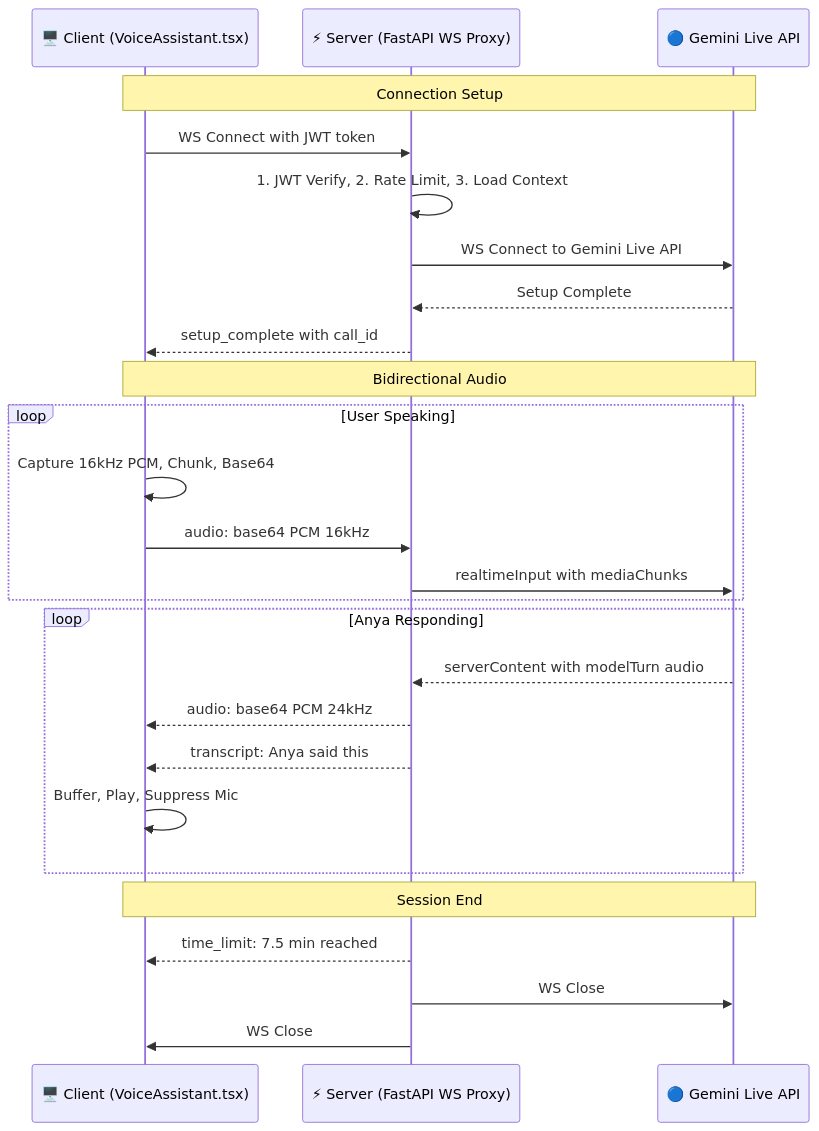
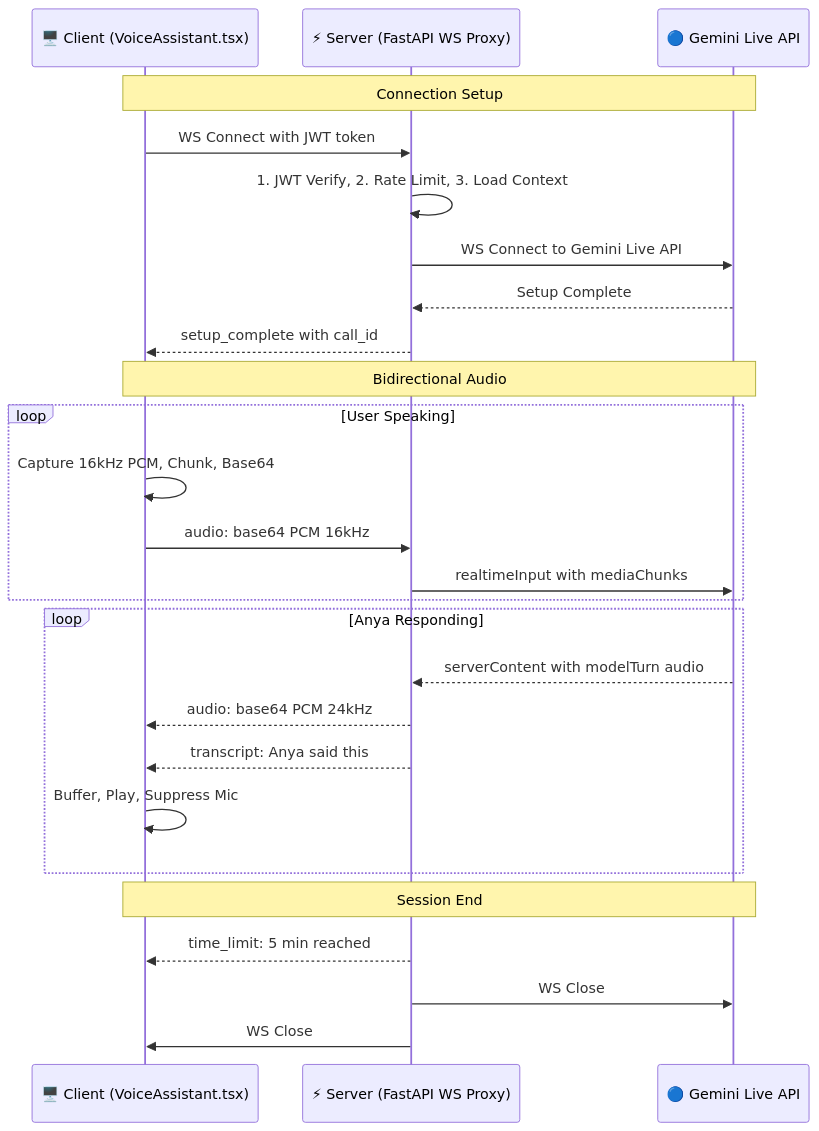
One commit to Anil-Pradhan-web/ai-career-mentor changed diagram 30 of 34 in ARCHITECTURE.md. Above: the diagram before and after it, drawn with Mermaid. The commit also changed other lines of this file and 5 other files, not shown here.

Commit message:
fix: revert voice assistant 5-min rate limit and change call duration limit to 5 min

````diff
--- a/ARCHITECTURE.md
+++ b/ARCHITECTURE.md
@@ -1742,32 +1742,32 @@
 ```mermaid
 sequenceDiagram
     participant C as 🖥️ Client (VoiceAssistant.tsx)
     participant S as ⚡ Server (FastAPI WS Proxy)
     participant G as 🔵 Gemini Live API
 
     Note over C,G: Connection Setup
     C->>S: WS Connect with JWT token
     S->>S: 1. JWT Verify, 2. Rate Limit, 3. Load Context
     S->>G: WS Connect to Gemini Live API
     G-->>S: Setup Complete
     S-->>C: setup_complete with call_id
     
     Note over C,G: Bidirectional Audio
     loop User Speaking
         C->>C: Capture 16kHz PCM, Chunk, Base64
         C->>S: audio: base64 PCM 16kHz
         S->>G: realtimeInput with mediaChunks
     end
     
     loop Anya Responding
         G-->>S: serverContent with modelTurn audio
         S-->>C: audio: base64 PCM 24kHz
         S-->>C: transcript: Anya said this
         C->>C: Buffer, Play, Suppress Mic
     end
     
     Note over C,G: Session End
-    S-->>C: time_limit: 7.5 min reached
+    S-->>C: time_limit: 5 min reached
     S->>G: WS Close
     S->>C: WS Close
 ```
````
